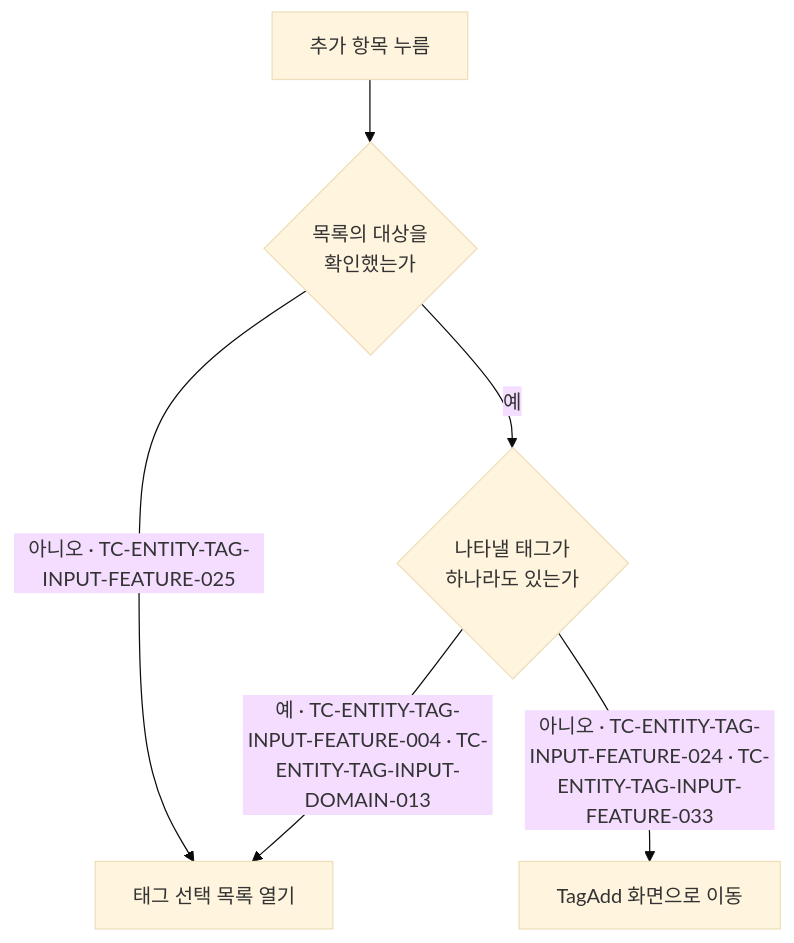
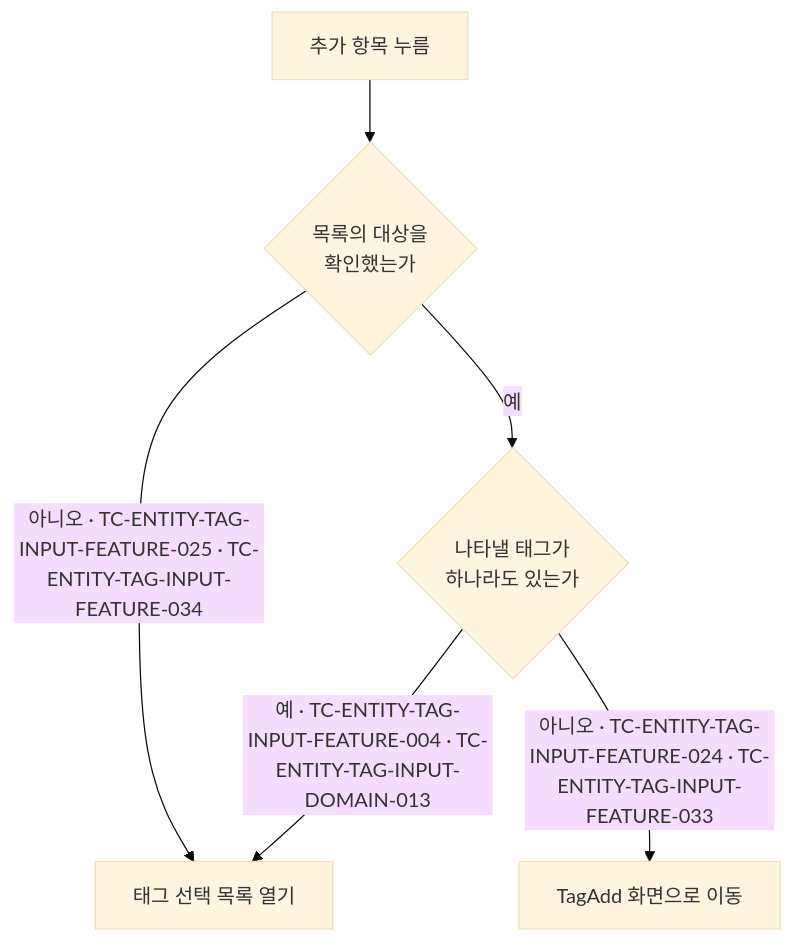
One commit to taetae98coding/DiaryKMP changed the diagram in docs/testcase/entity-tag-input.md. Above: the diagram before and after it, drawn with Mermaid (base theme). The commit also changed other lines of this file and 130 other files, not shown here.

````diff
--- a/docs/testcase/entity-tag-input.md
+++ b/docs/testcase/entity-tag-input.md
@@ -44,8 +44,8 @@
 ```mermaid
 flowchart TD
     Click["추가 항목 누름"] --> Ready{"목록의 대상을<br/>확인했는가"}
-    Ready -- "아니오 · TC-ENTITY-TAG-INPUT-FEATURE-025" --> Open["태그 선택 목록 열기"]
+    Ready -- "아니오 · TC-ENTITY-TAG-INPUT-FEATURE-025 · TC-ENTITY-TAG-INPUT-FEATURE-034" --> Open["태그 선택 목록 열기"]
     Ready -- 예 --> Any{"나타낼 태그가<br/>하나라도 있는가"}
     Any -- "예 · TC-ENTITY-TAG-INPUT-FEATURE-004 · TC-ENTITY-TAG-INPUT-DOMAIN-013" --> Open
     Any -- "아니오 · TC-ENTITY-TAG-INPUT-FEATURE-024 · TC-ENTITY-TAG-INPUT-FEATURE-033" --> Move["TagAdd 화면으로 이동"]
 ```
````
